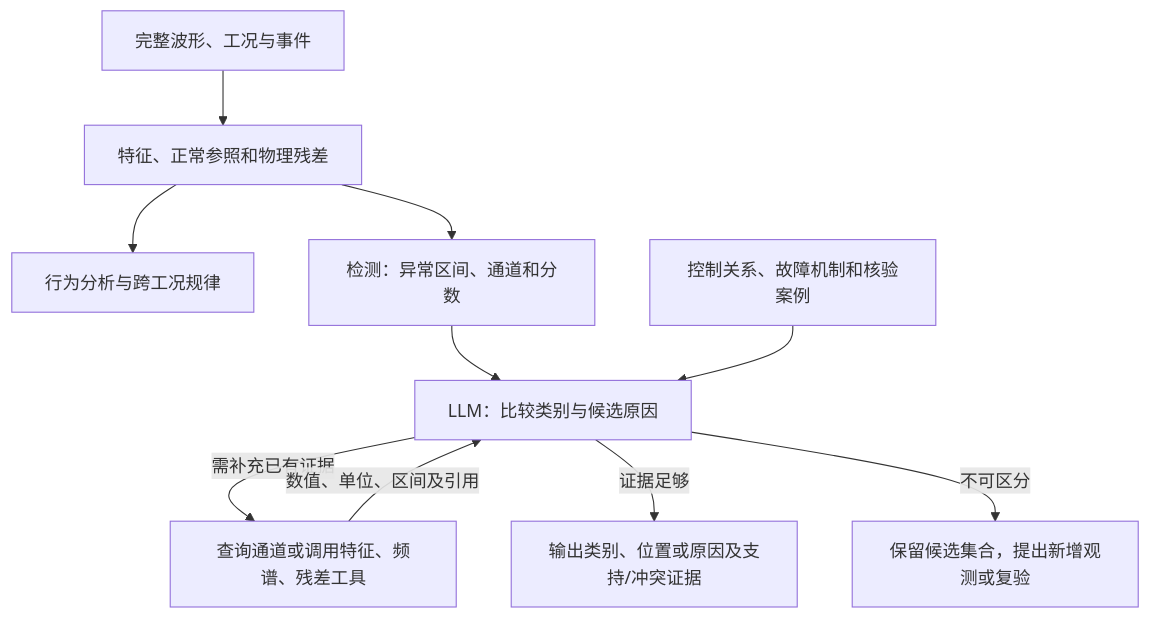
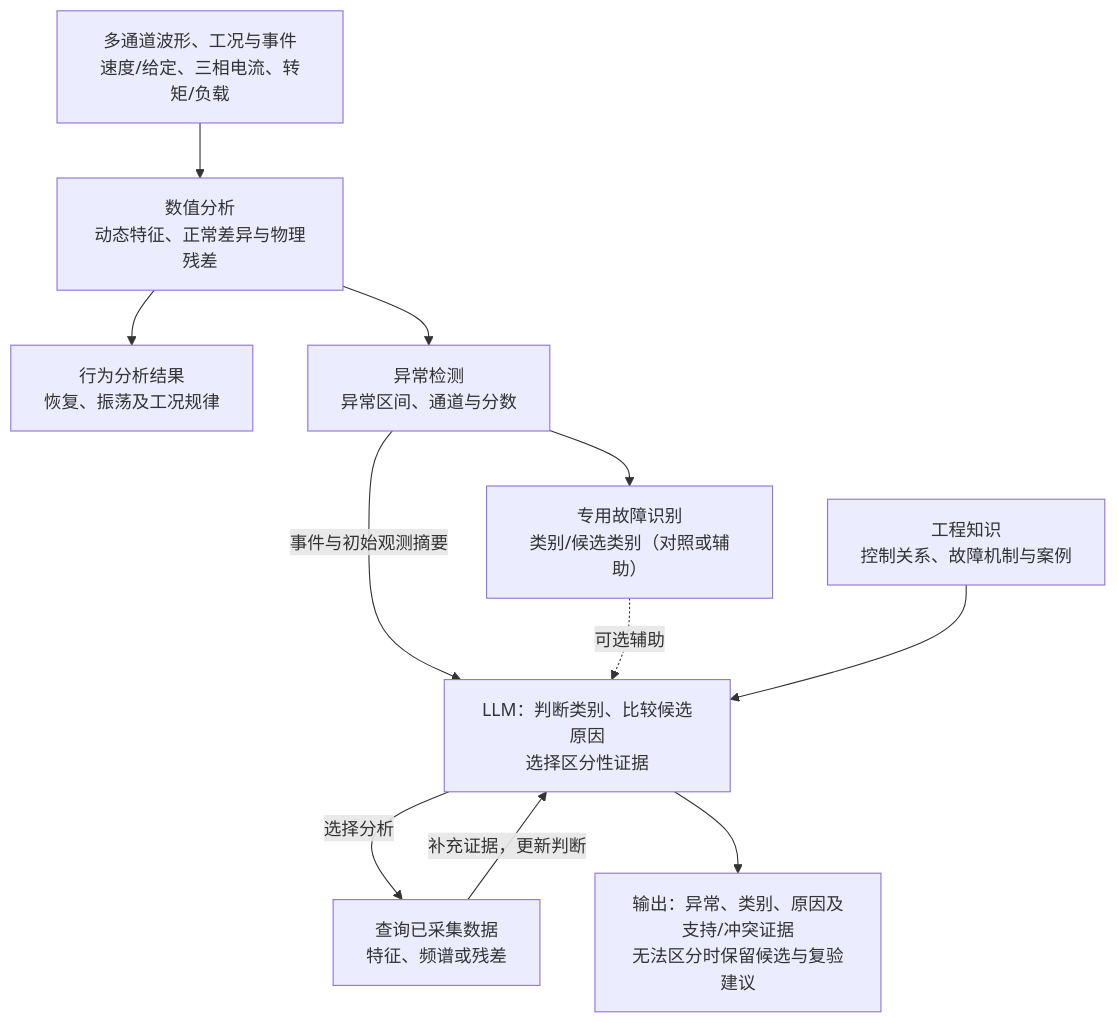
One commit to LYX2LK/Typhoon-HIL-lab-workflow changed the third of 3 diagrams in docs/research/2026-11-11-hil-ai-selection/discussion-brief.md. Above: the diagram before and after it, drawn with Mermaid. The commit also changed other lines of this file and 3 other files, not shown here.

````diff
--- a/docs/research/2026-11-11-hil-ai-selection/discussion-brief.md
+++ b/docs/research/2026-11-11-hil-ai-selection/discussion-brief.md
@@ -73,12 +54,13 @@
 ```mermaid
 flowchart TD
-    A["完整波形、工况与事件"] --> B["特征、正常参照和物理残差"]
-    B --> C["行为分析与跨工况规律"]
-    B --> D["检测：异常区间、通道和分数"]
-    D --> E["LLM：比较类别与候选原因"]
-    K["控制关系、故障机制和核验案例"] --> E
-    E -->|需补充已有证据| T["查询通道或调用特征、频谱、残差工具"]
-    T -->|数值、单位、区间及引用| E
-    E -->|证据足够| O["输出类别、位置或原因及支持/冲突证据"]
-    E -->|不可区分| R["保留候选集合，提出新增观测或复验"]
+    A["多通道波形、工况与事件<br/>速度/给定、三相电流、转矩/负载"] --> F["数值分析<br/>动态特征、正常差异与物理残差"]
+    F --> W["行为分析结果<br/>恢复、振荡及工况规律"]
+    F --> D["异常检测<br/>异常区间、通道与分数"]
+    D --> C["专用故障识别<br/>类别/候选类别（对照或辅助）"]
+    D -->|事件与初始观测摘要| L["LLM：判断类别、比较候选原因<br/>选择区分性证据"]
+    C -.->|可选辅助| L
+    K["工程知识<br/>控制关系、故障机制与案例"] --> L
+    L -->|选择分析| T["查询已采集数据<br/>特征、频谱或残差"]
+    T -->|补充证据，更新判断| L
+    L --> O["输出：异常、类别、原因及支持/冲突证据<br/>无法区分时保留候选与复验建议"]
 ```
````
